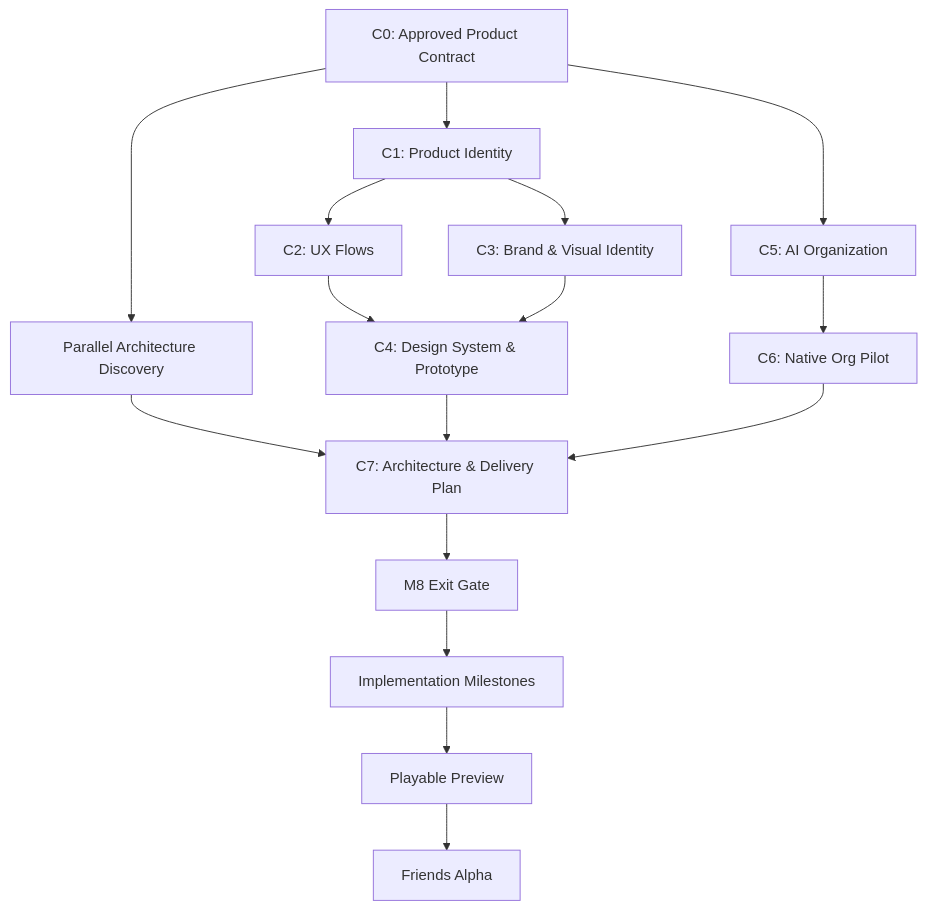
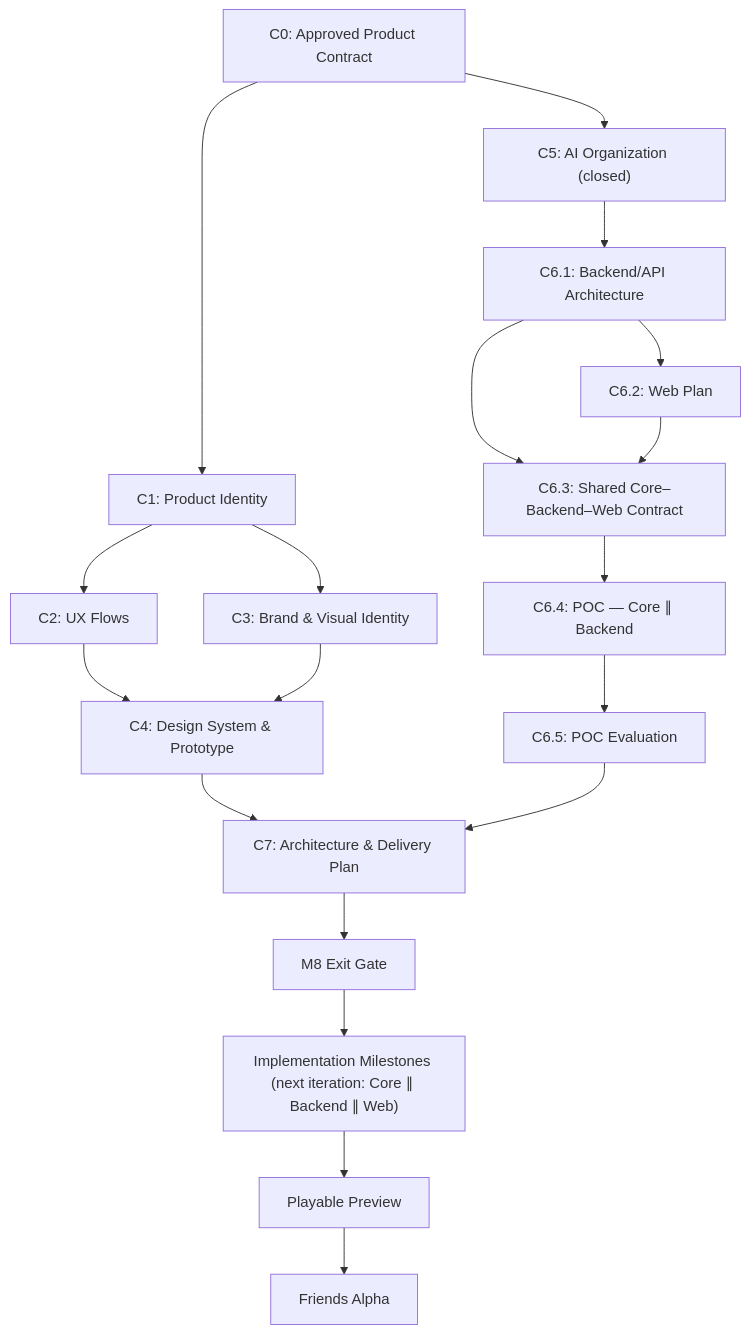
The diagram in docs/milestones/M8_PLAN.md (zivstein/go-poker), drawn with Mermaid before and after one commit. The commit also changed other lines of this file and 10 other files, not shown here.

````diff
--- a/docs/milestones/M8_PLAN.md
+++ b/docs/milestones/M8_PLAN.md
@@ -28,31 +28,37 @@
 ```mermaid
 flowchart TD
     C0["C0: Approved Product Contract"]
     C1["C1: Product Identity"]
     C2["C2: UX Flows"]
     C3["C3: Brand & Visual Identity"]
     C4["C4: Design System & Prototype"]
-    C5["C5: AI Organization"]
-    C6["C6: Native Org Pilot"]
-    A["Parallel Architecture Discovery"]
+    C5["C5: AI Organization (closed)"]
+    C61["C6.1: Backend/API Architecture"]
+    C62["C6.2: Web Plan"]
+    C63["C6.3: Shared Core–Backend–Web Contract"]
+    C64["C6.4: POC — Core ∥ Backend"]
+    C65["C6.5: POC Evaluation"]
     C7["C7: Architecture & Delivery Plan"]
     G["M8 Exit Gate"]
-    I["Implementation Milestones"]
+    I["Implementation Milestones (next iteration: Core ∥ Backend ∥ Web)"]
     P["Playable Preview"]
     F["Friends Alpha"]
     C0 --> C1
     C0 --> C5
-    C0 --> A
     C1 --> C2
     C1 --> C3
     C2 --> C4
     C3 --> C4
-    C5 --> C6
-    A --> C7
+    C5 --> C61
+    C61 --> C62
+    C61 --> C63
+    C62 --> C63
+    C63 --> C64
+    C64 --> C65
     C4 --> C7
-    C6 --> C7
+    C65 --> C7
     C7 --> G
     G --> I
     I --> P
     P --> F
 ```
````
